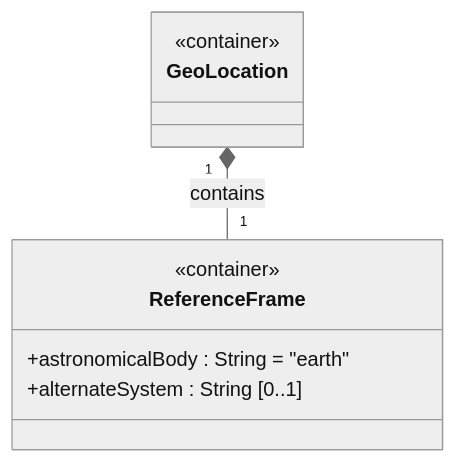
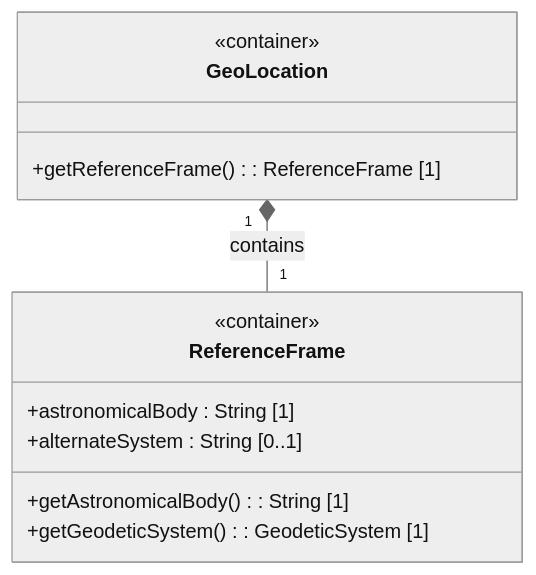
One commit to gintatkinson/dep-tst40 changed the diagram in docs/features/feat-01-reference-frame.md. Above: the diagram before and after it, drawn with Mermaid (neutral theme). The commit also changed 10 other files, not shown here.

First line of the commit message:
docs: fix UML compliance — placeholders, multiplicities, return messages, operations

````diff
--- a/docs/features/feat-01-reference-frame.md
+++ b/docs/features/feat-01-reference-frame.md
@@ -19,12 +19,15 @@
 ```mermaid
 classDiagram
     class GeoLocation {
         <<container>>
+        +getReferenceFrame() : ReferenceFrame [1]
     }
     class ReferenceFrame {
         <<container>>
-        +astronomicalBody : String = "earth"
+        +astronomicalBody : String [1]
         +alternateSystem : String [0..1]
+        +getAstronomicalBody() : String [1]
+        +getGeodeticSystem() : GeodeticSystem [1]
     }
     GeoLocation "1" *-- "1" ReferenceFrame : contains
 ```
````
